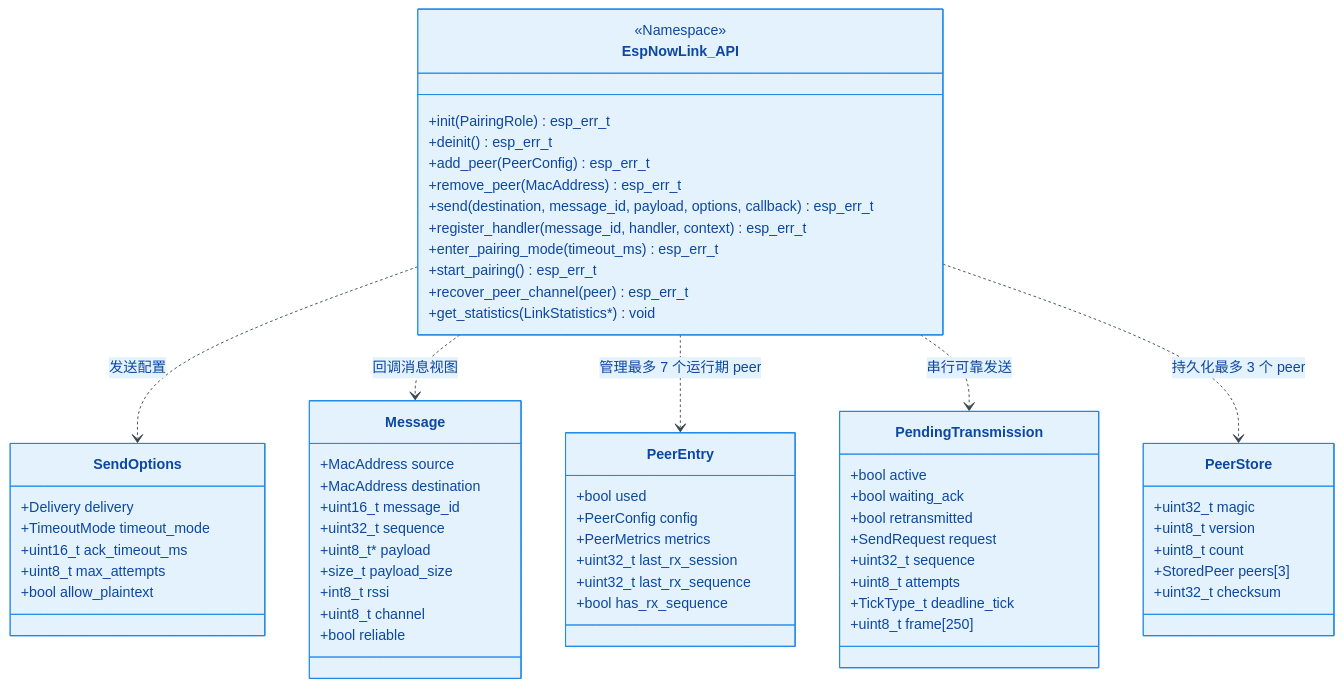
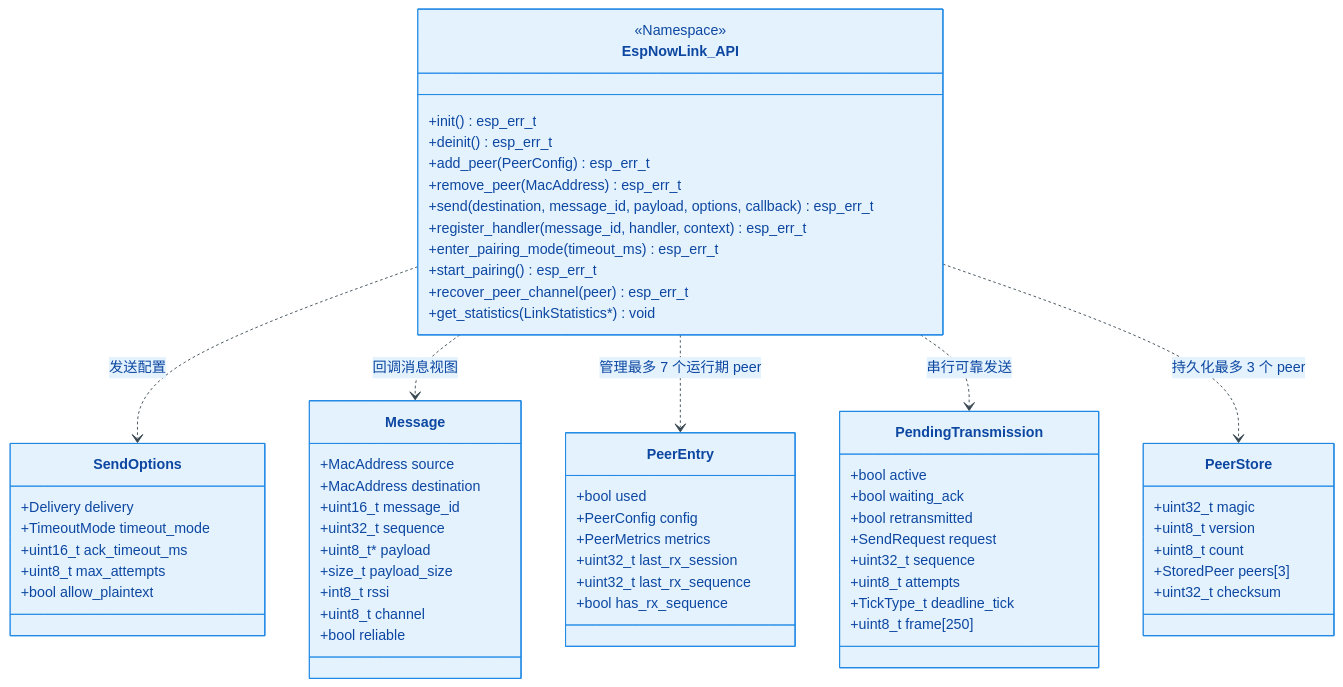
The second of 9 diagrams in components/middleware/espnow_link/README.md (qingmeijiupiao/Wireless_power_meter_lite), drawn with Mermaid before and after one commit. The commit also changed other lines of this file and 16 other files, not shown here.

````diff
--- a/components/middleware/espnow_link/README.md
+++ b/components/middleware/espnow_link/README.md
@@ -78,71 +78,71 @@
 ```mermaid
 %%{init: { 'theme': 'base', 'themeVariables': { 'primaryColor': '#E3F2FD', 'primaryBorderColor': '#1E88E5', 'primaryTextColor': '#0D47A1', 'lineColor': '#37474F' } }}%%
 classDiagram
     class EspNowLink_API {
         <<Namespace>>
-        +init(PairingRole) esp_err_t
+        +init() esp_err_t
         +deinit() esp_err_t
         +add_peer(PeerConfig) esp_err_t
         +remove_peer(MacAddress) esp_err_t
         +send(destination, message_id, payload, options, callback) esp_err_t
         +register_handler(message_id, handler, context) esp_err_t
         +enter_pairing_mode(timeout_ms) esp_err_t
         +start_pairing() esp_err_t
         +recover_peer_channel(peer) esp_err_t
         +get_statistics(LinkStatistics*) void
     }
 
     class SendOptions {
         +Delivery delivery
         +TimeoutMode timeout_mode
         +uint16_t ack_timeout_ms
         +uint8_t max_attempts
         +bool allow_plaintext
     }
 
     class Message {
         +MacAddress source
         +MacAddress destination
         +uint16_t message_id
         +uint32_t sequence
         +uint8_t* payload
         +size_t payload_size
         +int8_t rssi
         +uint8_t channel
         +bool reliable
     }
 
     class PeerEntry {
         +bool used
         +PeerConfig config
         +PeerMetrics metrics
         +uint32_t last_rx_session
         +uint32_t last_rx_sequence
         +bool has_rx_sequence
     }
 
     class PendingTransmission {
         +bool active
         +bool waiting_ack
         +bool retransmitted
         +SendRequest request
         +uint32_t sequence
         +uint8_t attempts
         +TickType_t deadline_tick
         +uint8_t frame[250]
     }
 
     class PeerStore {
         +uint32_t magic
         +uint8_t version
         +uint8_t count
         +StoredPeer peers[3]
         +uint32_t checksum
     }
 
     EspNowLink_API ..> SendOptions : 发送配置
     EspNowLink_API ..> Message : 回调消息视图
     EspNowLink_API ..> PeerEntry : 管理最多 7 个运行期 peer
     EspNowLink_API ..> PendingTransmission : 串行可靠发送
     EspNowLink_API ..> PeerStore : 持久化最多 3 个 peer
 ```
````
